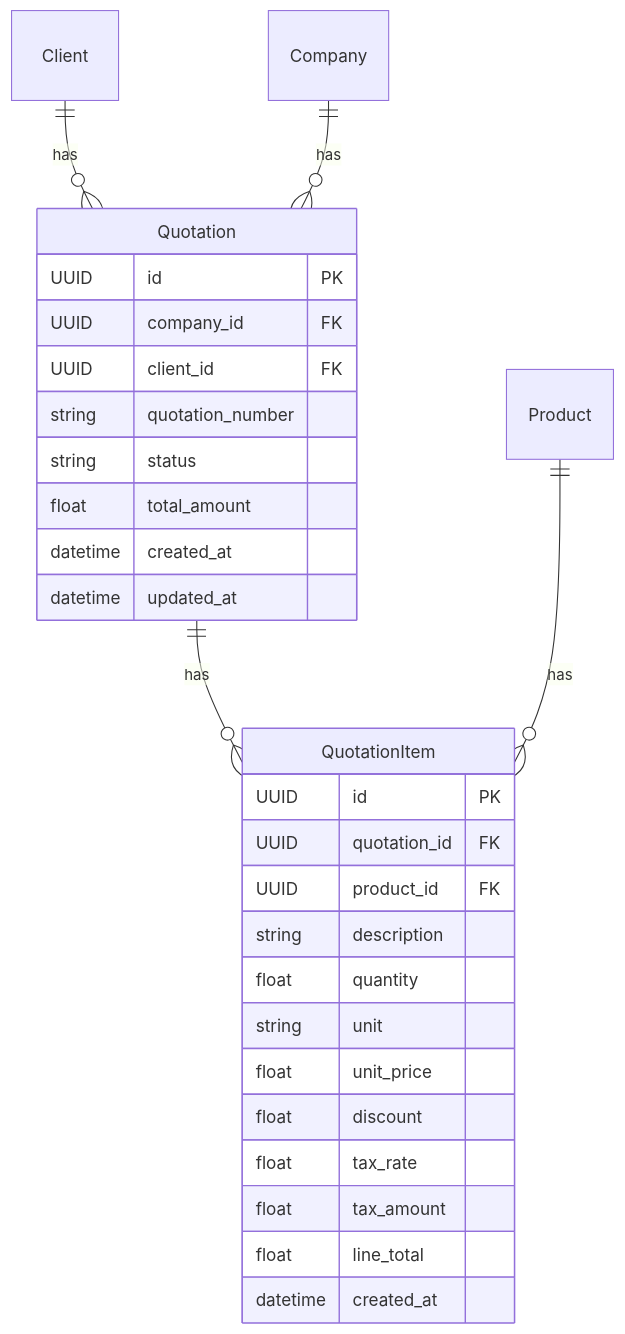
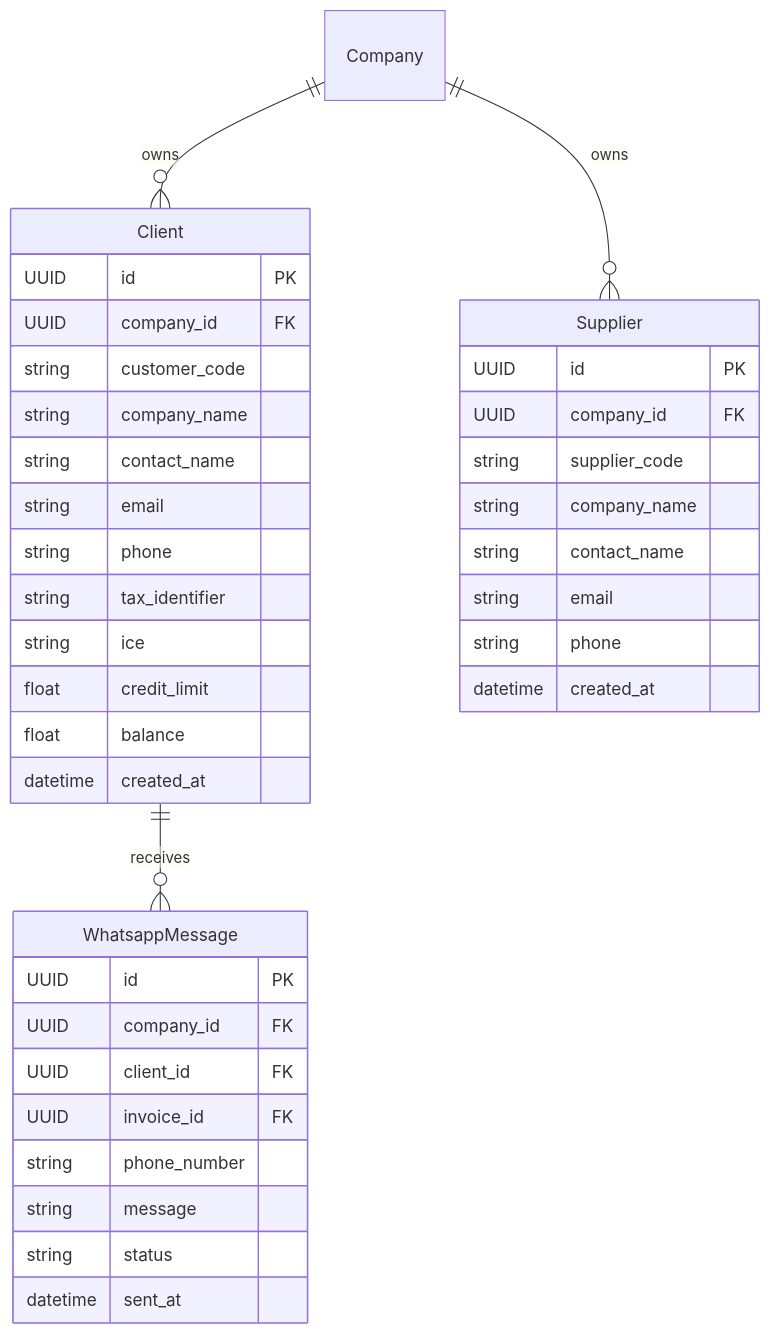
One commit to ArimasHolding/TadbirAI changed the fourth of 10 diagrams in SAD_and_SDD.md. Above: the diagram before and after it, drawn with Mermaid. The commit also changed other lines of this file and 7 other files, not shown here.

````diff
--- a/SAD_and_SDD.md
+++ b/SAD_and_SDD.md
@@ -710,32 +267,41 @@
 ```mermaid
 erDiagram
-    Quotation {
+    Client {
+        UUID id PK
+        UUID company_id FK
+        string customer_code
+        string company_name
+        string contact_name
+        string email
+        string phone
+        string tax_identifier
+        string ice
+        float credit_limit
+        float balance
+        datetime created_at
+    }
+    Supplier {
+        UUID id PK
+        UUID company_id FK
+        string supplier_code
+        string company_name
+        string contact_name
+        string email
+        string phone
+        datetime created_at
+    }
+    WhatsappMessage {
         UUID id PK
         UUID company_id FK
         UUID client_id FK
-        string quotation_number
+        UUID invoice_id FK
+        string phone_number
+        string message
         string status
-        float total_amount
-        datetime created_at
-        datetime updated_at
-    }
-    QuotationItem {
-        UUID id PK
-        UUID quotation_id FK
-        UUID product_id FK
-        string description
-        float quantity
-        string unit
-        float unit_price
-        float discount
-        float tax_rate
-        float tax_amount
-        float line_total
-        datetime created_at
+        datetime sent_at
     }
 
-    Client ||--o{ Quotation : has
-    Quotation ||--o{ QuotationItem : has
-    Product ||--o{ QuotationItem : has
-    Company ||--o{ Quotation : has
+    Company ||--o{ Client : owns
+    Company ||--o{ Supplier : owns
+    Client ||--o{ WhatsappMessage : receives
 ```
````
